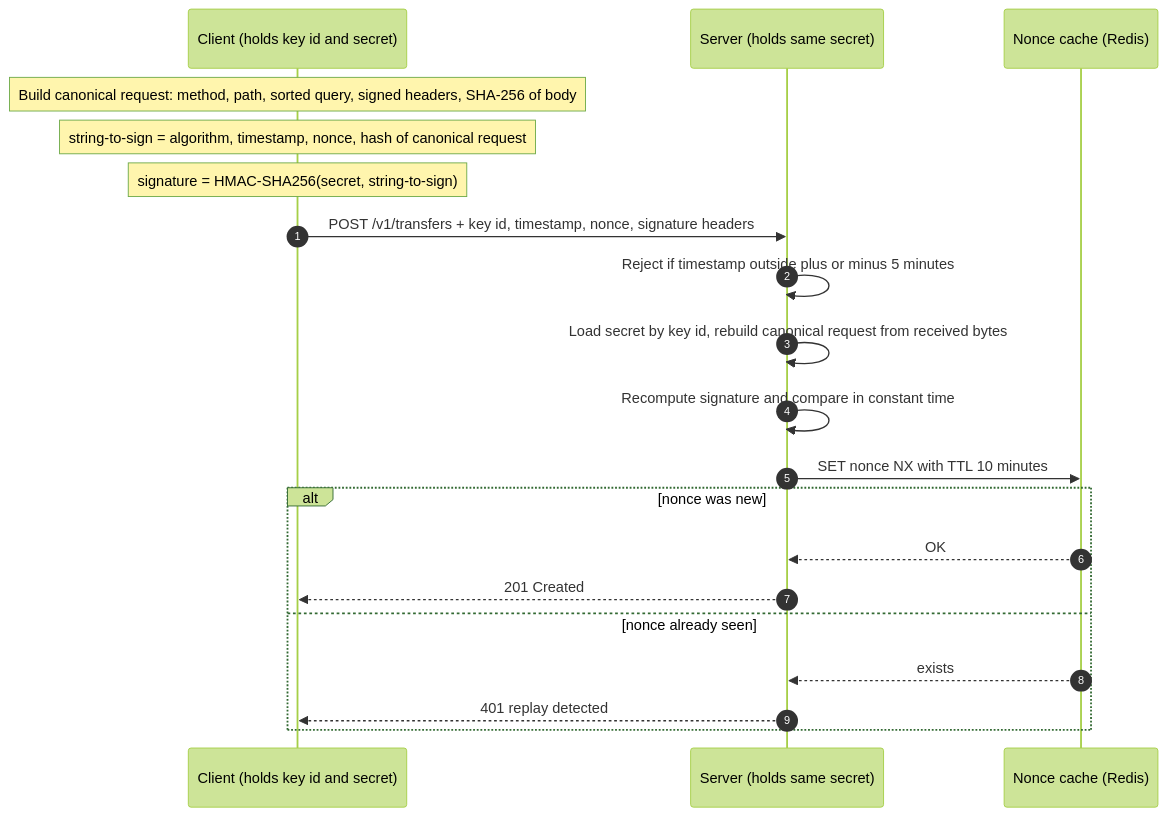
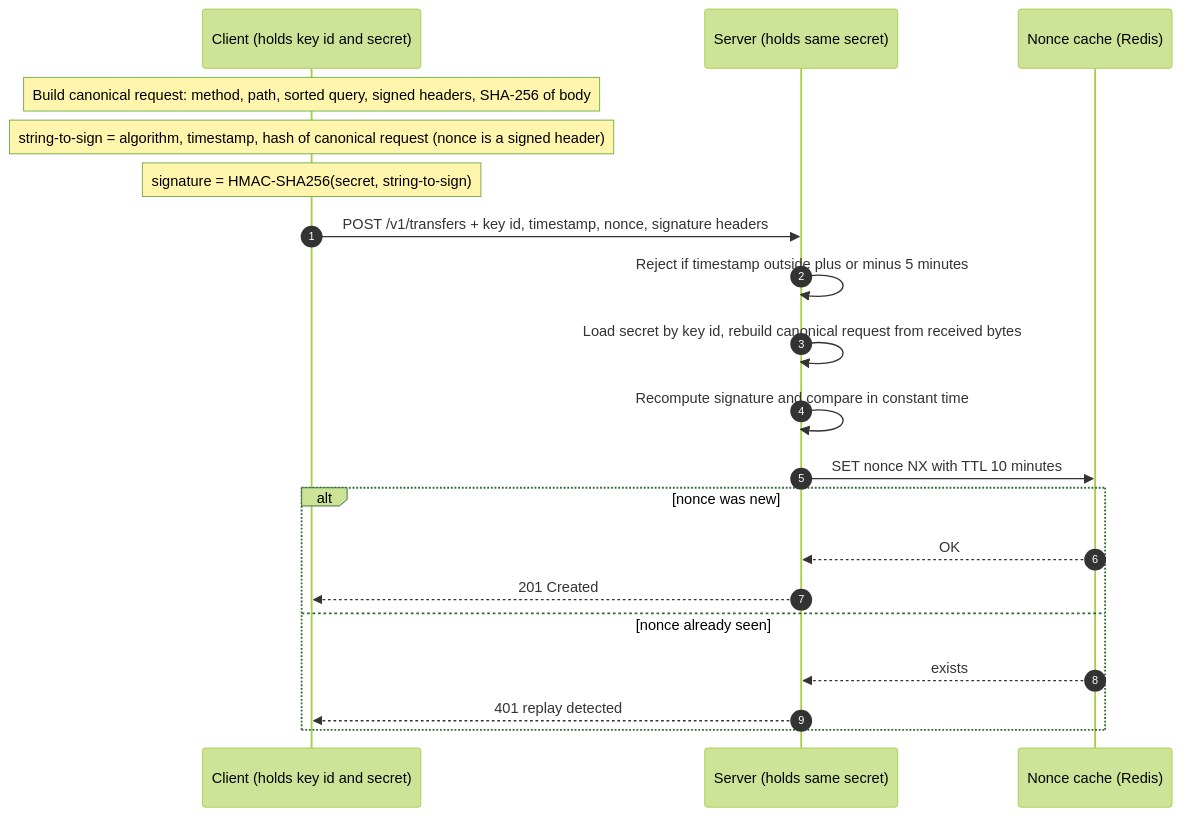
Before and after one commit to pavansaiambala7/backend: the fifth of 6 diagrams in authentication/docs/03-http-basic-digest-and-api-keys.md, drawn with Mermaid (forest theme). The commit also changed other lines of this file and 138 other files, not shown here.

````diff
--- a/authentication/docs/03-http-basic-digest-and-api-keys.md
+++ b/authentication/docs/03-http-basic-digest-and-api-keys.md
@@ -536,22 +536,22 @@
 ```mermaid
 sequenceDiagram
     autonumber
     participant C as Client (holds key id and secret)
     participant S as Server (holds same secret)
     participant N as Nonce cache (Redis)
     Note over C: Build canonical request: method, path, sorted query, signed headers, SHA-256 of body
-    Note over C: string-to-sign = algorithm, timestamp, nonce, hash of canonical request
+    Note over C: string-to-sign = algorithm, timestamp, hash of canonical request (nonce is a signed header)
     Note over C: signature = HMAC-SHA256(secret, string-to-sign)
     C->>S: POST /v1/transfers + key id, timestamp, nonce, signature headers
     S->>S: Reject if timestamp outside plus or minus 5 minutes
     S->>S: Load secret by key id, rebuild canonical request from received bytes
     S->>S: Recompute signature and compare in constant time
     S->>N: SET nonce NX with TTL 10 minutes
     alt nonce was new
         N-->>S: OK
         S-->>C: 201 Created
     else nonce already seen
         N-->>S: exists
         S-->>C: 401 replay detected
     end
 ```
````
